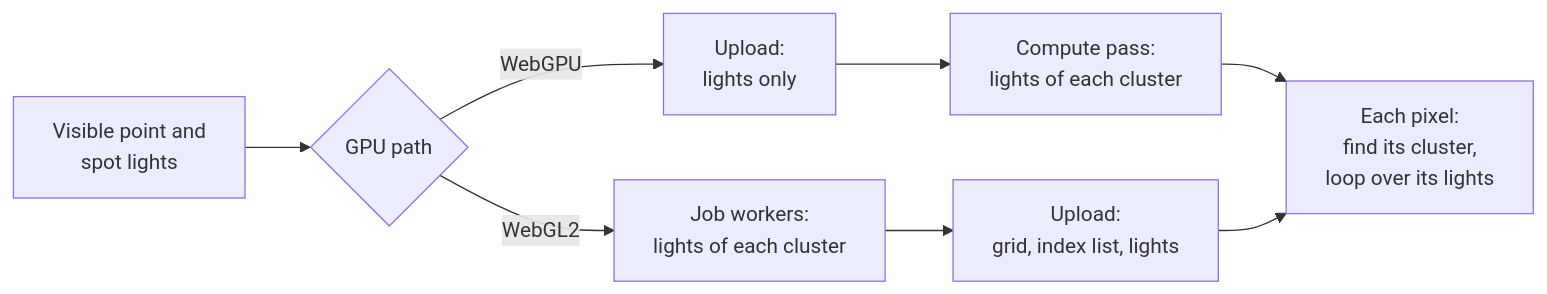
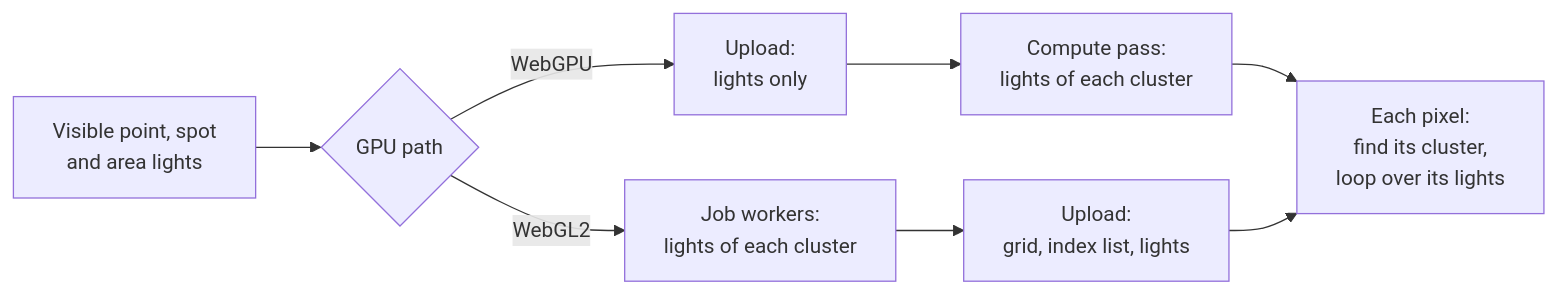
Before and after one commit to null3d-engine/null3d: the third of 3 diagrams in docs/concepts/lighting.md, drawn with Mermaid. The commit also changed other lines of this file and 72 other files, not shown here.

First line of the commit message:
feat(engine): add rectangle and tube area lights with linearly transformed cosines

````diff
--- a/docs/concepts/lighting.md
+++ b/docs/concepts/lighting.md
@@ -102,10 +106,10 @@
 ```mermaid
 flowchart LR
-    lights["Visible point and<br/>spot lights"] --> path{"GPU path"}
+    lights["Visible point, spot<br/>and area lights"] --> path{"GPU path"}
     path -->|WebGPU| upload["Upload:<br/>lights only"]
     upload --> compute["Compute pass:<br/>lights of each cluster"]
     path -->|WebGL2| assign["Job workers:<br/>lights of each cluster"]
     assign --> textures["Upload:<br/>grid, index list, lights"]
     compute --> pixel["Each pixel:<br/>find its cluster,<br/>loop over its lights"]
     textures --> pixel
 ```
````
